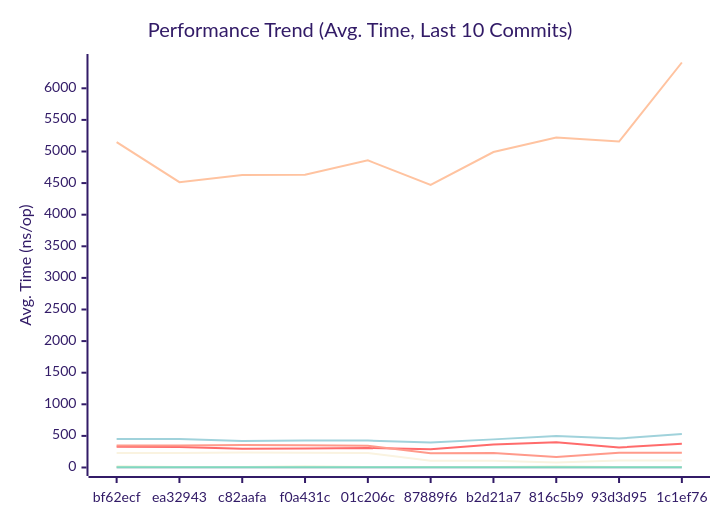
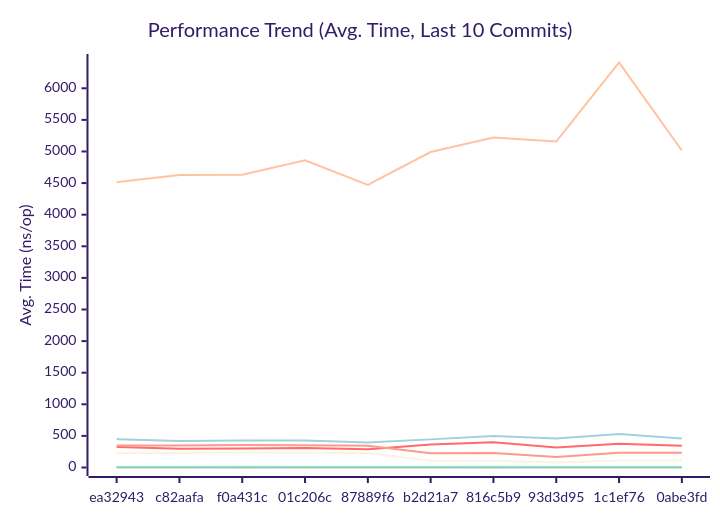
The first of 3 diagrams in docs/PERFORMANCE.md (alsotoes/momo), drawn with Mermaid (forest theme) before and after one commit. The commit also changed other lines of this file and 2 other files, not shown here.

Commit message:
fix: include original error in DialQUIC error messages (#594)

````diff
--- a/docs/PERFORMANCE.md
+++ b/docs/PERFORMANCE.md
@@ -80,16 +80,16 @@
 ```mermaid
 xychart-beta
     title "Performance Trend (Avg. Time, Last 10 Commits)"
     x-axis "Commit"
     y-axis "Avg. Time (ns/op)"
-    x-axis [bf62ecf,ea32943,c82aafa,f0a431c,01c206c,87889f6,b2d21a7,816c5b9,93d3d95,1c1ef76]
-    line "CheckMetricsAndSwap" [10,8,8,10,9,9,9,11,8,8]
-    line "CrushOptimized" [327,324,295,302,308,289,365,398,317,376]
-    line "CrushOriginal" [449,449,419,429,427,396,445,499,458,531]
+    x-axis [ea32943,c82aafa,f0a431c,01c206c,87889f6,b2d21a7,816c5b9,93d3d95,1c1ef76,0abe3fd]
+    line "CheckMetricsAndSwap" [8,8,10,9,9,9,11,8,8,8]
+    line "CrushOptimized" [324,295,302,308,289,365,398,317,376,346]
+    line "CrushOriginal" [449,419,429,427,396,445,499,458,531,458]
     line "IndexDirectTracking" [0,0,0,0,0,0,0,0,0,0]
     line "IndexSearch" [2,2,2,2,2,2,2,2,2,2]
-    line "LoadGlobalConfig" [5148,4514,4627,4633,4860,4471,4992,5220,5157,6408]
+    line "LoadGlobalConfig" [4514,4627,4633,4860,4471,4992,5220,5157,6408,5015]
     line "PadString" [2,2,2,2,2,2,2,2,2,2]
     line "ParseReplicationOrder_NoPrealloc" [350,349,357,354,345,225,229,165,232,234]
     line "ParseReplicationOrder_Prealloc" [229,231,237,234,229,108,107,80,110,109]
 ```
````
